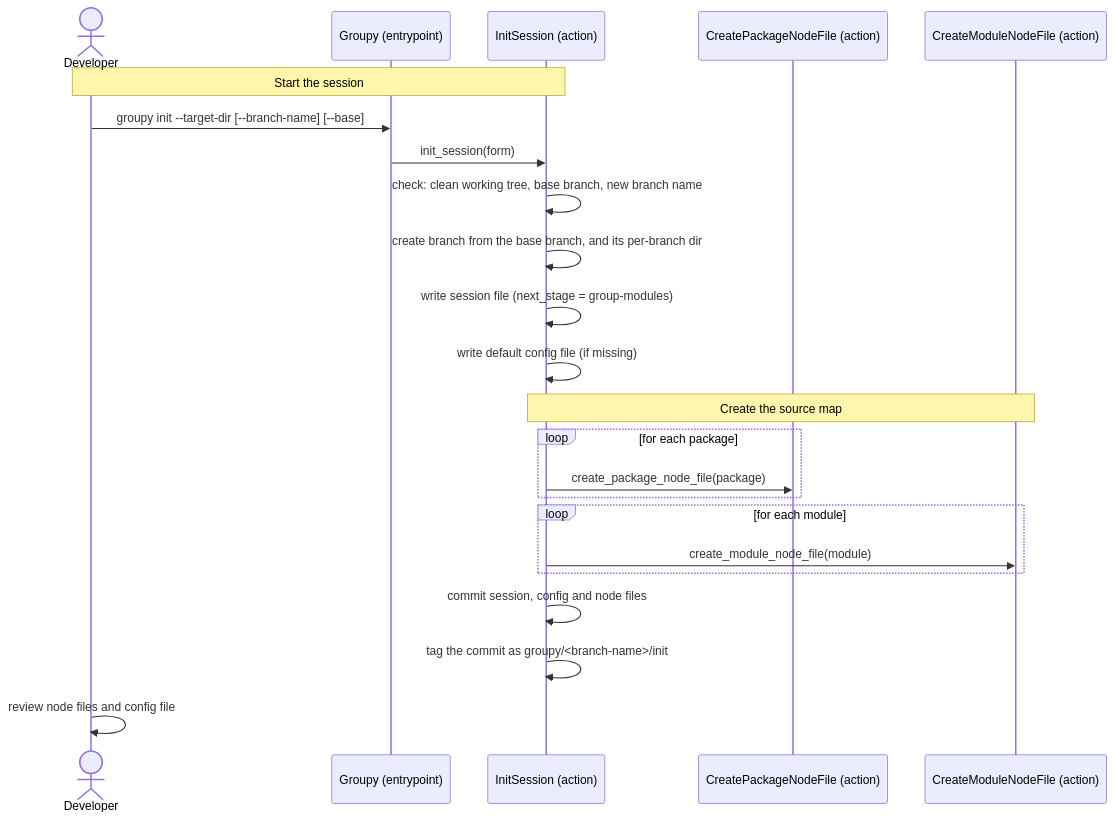
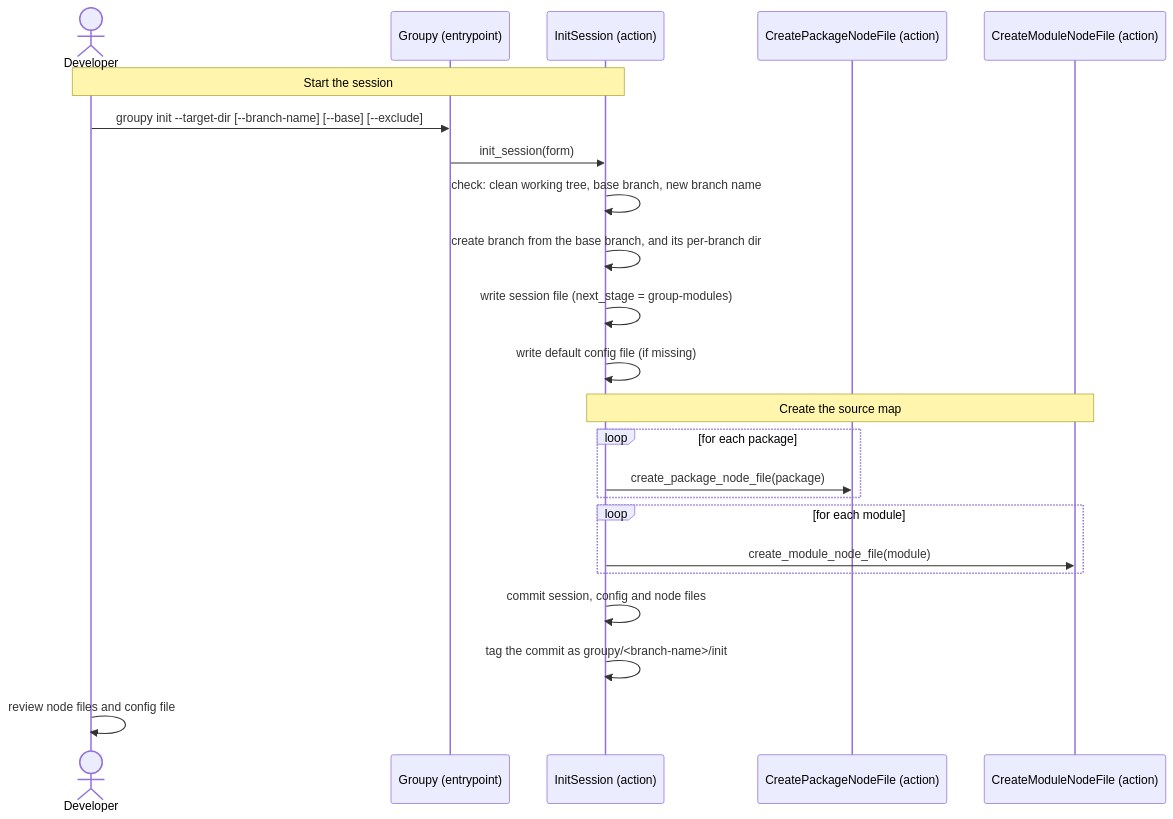
One commit to mnieber/groupy changed the diagram in doc/spec/scenarios/s01_a_developer_starts_a_session.md. Above: the diagram before and after it, drawn with Mermaid. The commit also changed other lines of this file and 5 other files, not shown here.

````diff
--- a/doc/spec/scenarios/s01_a_developer_starts_a_session.md
+++ b/doc/spec/scenarios/s01_a_developer_starts_a_session.md
@@ -107,28 +116,28 @@
 ```mermaid
 sequenceDiagram
     actor Developer
     participant Groupy as Groupy (entrypoint)
     participant InitSession as InitSession (action)
     participant CreatePackageNodeFile as CreatePackageNodeFile (action)
     participant CreateModuleNodeFile as CreateModuleNodeFile (action)
 
     Note over Developer,InitSession: Start the session
-    Developer->>Groupy: groupy init --target-dir [--branch-name] [--base]
+    Developer->>Groupy: groupy init --target-dir [--branch-name] [--base] [--exclude]
     Groupy->>InitSession: init_session(form)
     InitSession->>InitSession: check: clean working tree, base branch, new branch name
     InitSession->>InitSession: create branch from the base branch, and its per-branch dir
     InitSession->>InitSession: write session file (next_stage = group-modules)
     InitSession->>InitSession: write default config file (if missing)
 
     Note over InitSession,CreateModuleNodeFile: Create the source map
     loop for each package
         InitSession->>CreatePackageNodeFile: create_package_node_file(package)
     end
     loop for each module
         InitSession->>CreateModuleNodeFile: create_module_node_file(module)
     end
 
     InitSession->>InitSession: commit session, config and node files
     InitSession->>InitSession: tag the commit as groupy/<branch-name>/init
     Developer->>Developer: review node files and config file
 ```
````
